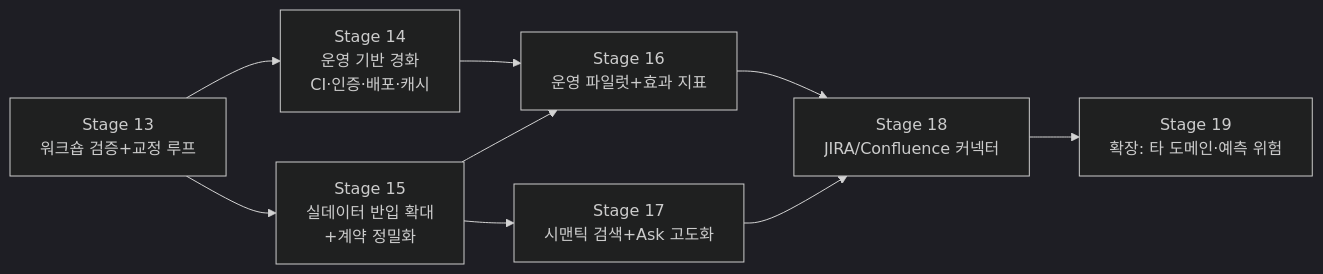
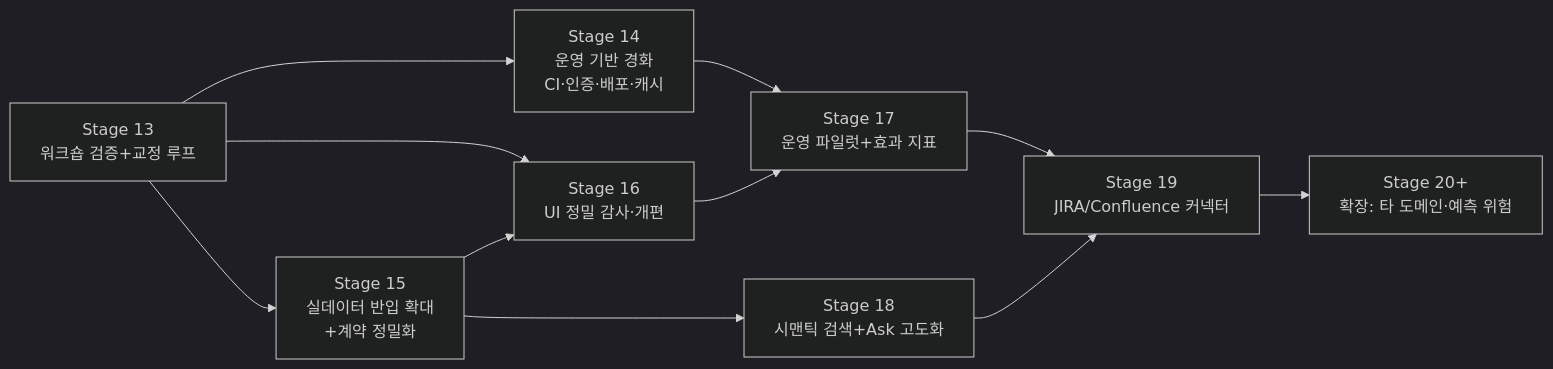
One commit to younghwan78/SocDev_Operational_Ontology2 changed the diagram in internal_docs/design/05_long_term_improvement_plan.md. Above: the diagram before and after it, drawn with Mermaid (dark theme). The commit also changed other lines of this file and 2 other files, not shown here.

First line of the commit message:
docs: Stage 16 UI 정밀 감사·개편 설계 추가 (장기 계획 v1.1 재번호화)

````diff
--- a/internal_docs/design/05_long_term_improvement_plan.md
+++ b/internal_docs/design/05_long_term_improvement_plan.md
@@ -134,11 +134,13 @@
 ```mermaid
 flowchart LR
     S13[Stage 13<br/>워크숍 검증+교정 루프] --> S14[Stage 14<br/>운영 기반 경화<br/>CI·인증·배포·캐시]
     S13 --> S15[Stage 15<br/>실데이터 반입 확대<br/>+계약 정밀화]
-    S14 --> S16[Stage 16<br/>운영 파일럿+효과 지표]
+    S13 --> S16[Stage 16<br/>UI 정밀 감사·개편]
     S15 --> S16
-    S15 --> S17[Stage 17<br/>시맨틱 검색+Ask 고도화]
-    S16 --> S18[Stage 18<br/>JIRA/Confluence 커넥터]
-    S17 --> S18
-    S18 --> S19[Stage 19<br/>확장: 타 도메인·예측 위험]
+    S14 --> S17[Stage 17<br/>운영 파일럿+효과 지표]
+    S16 --> S17
+    S15 --> S18[Stage 18<br/>시맨틱 검색+Ask 고도화]
+    S17 --> S19[Stage 19<br/>JIRA/Confluence 커넥터]
+    S18 --> S19
+    S19 --> S20[Stage 20+<br/>확장: 타 도메인·예측 위험]
 ```
````
